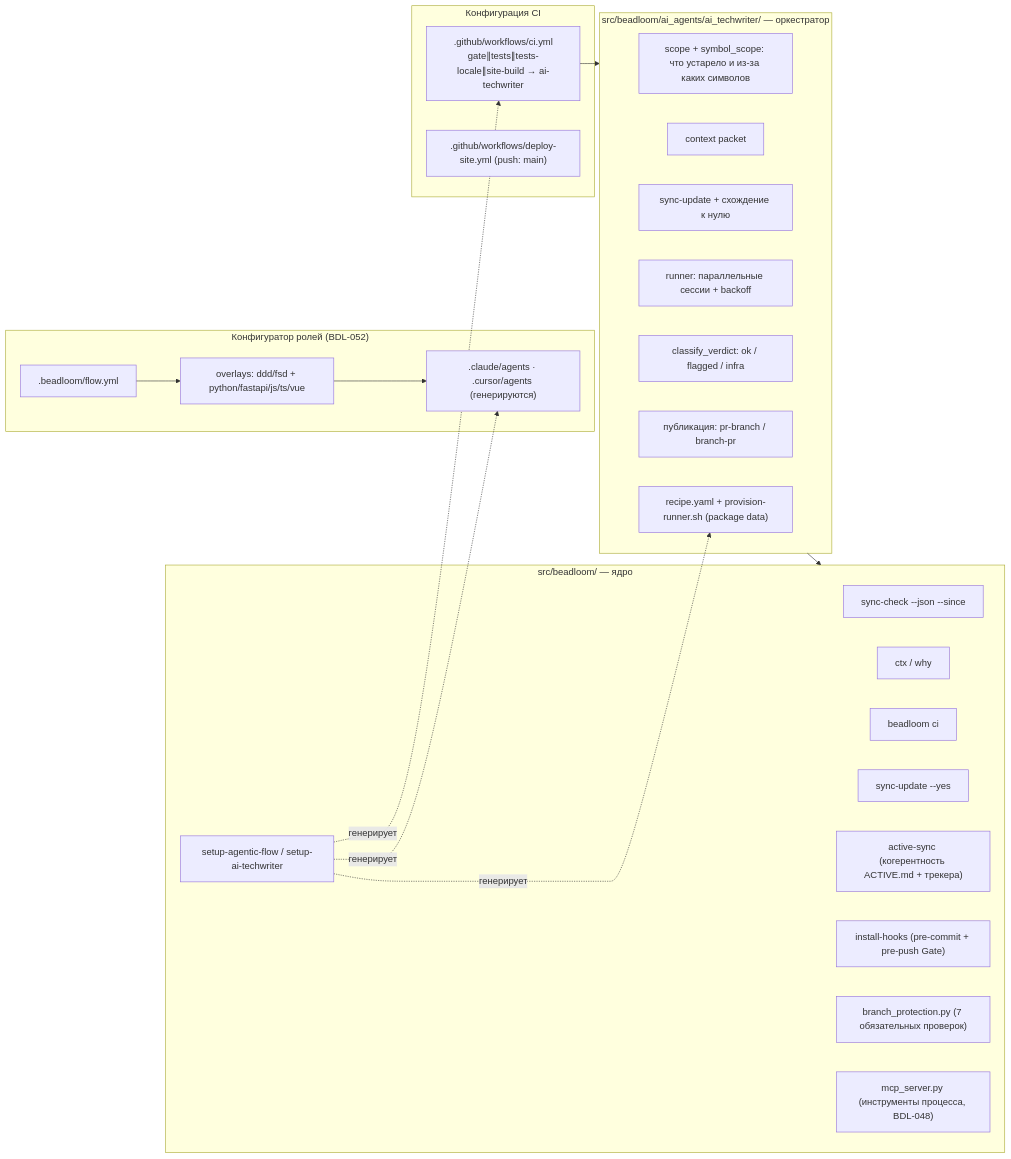
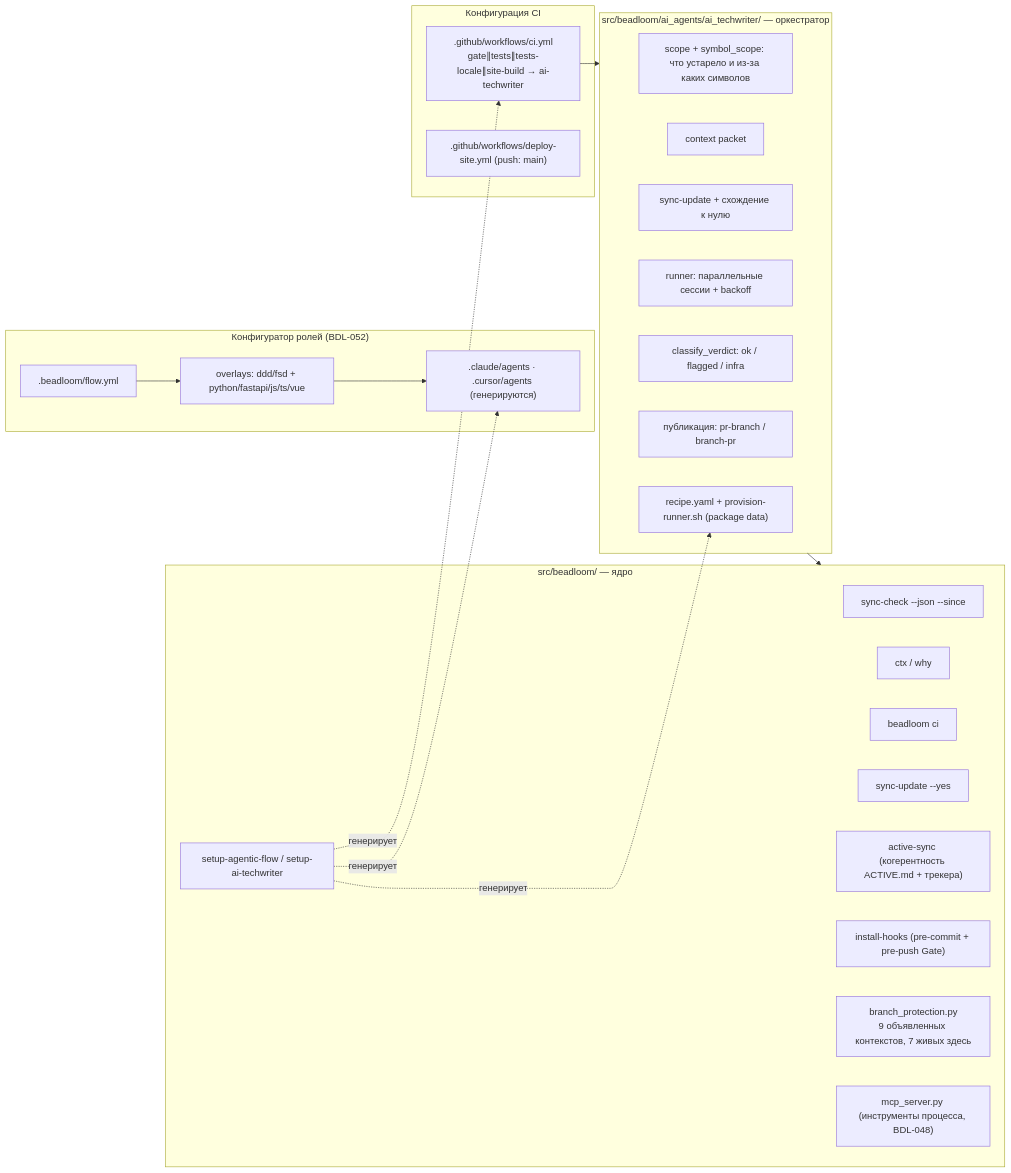
Before and after one commit to zoologov/beadloom: the fourth of 10 diagrams in docs/guides/multi-agent-development.ru.md, drawn with Mermaid. The commit also changed other lines of this file and 141 other files, not shown here.

First line of the commit message:
[BDL-062] Graph metadata is an unchecked surface (#44)

````diff
--- a/docs/guides/multi-agent-development.ru.md
+++ b/docs/guides/multi-agent-development.ru.md
@@ -242,42 +258,42 @@
 ```mermaid
 flowchart LR
   subgraph CORE["src/beadloom/ — ядро"]
     SYNC["sync-check --json --since"]
     CTX["ctx / why"]
     CI_GATE["beadloom ci"]
     MARK["sync-update --yes"]
     ACTIVE["active-sync (когерентность ACTIVE.md + трекера)"]
     SETUP["setup-agentic-flow / setup-ai-techwriter"]
     HOOKS["install-hooks (pre-commit + pre-push Gate)"]
-    BP["branch_protection.py (7 обязательных проверок)"]
+    BP["branch_protection.py<br/>9 объявленных контекстов, 7 живых здесь"]
     MCP["mcp_server.py (инструменты процесса, BDL-048)"]
   end
 
   subgraph AIAGENTS["src/beadloom/ai_agents/ai_techwriter/ — оркестратор"]
     H_SCOPE["scope + symbol_scope: что устарело и из-за каких символов"]
     H_PKT["context packet"]
     H_LOOP["sync-update + схождение к нулю"]
     H_RUN["runner: параллельные сессии + backoff"]
     H_VERDICT["classify_verdict: ok / flagged / infra"]
     H_PUB["публикация: pr-branch / branch-pr"]
     H_RECIPE["recipe.yaml + provision-runner.sh (package data)"]
   end
 
   subgraph FLOWCFG["Конфигуратор ролей (BDL-052)"]
     FLOW[".beadloom/flow.yml"]
     OVERLAYS["overlays: ddd/fsd + python/fastapi/js/ts/vue"]
     ADAPT[".claude/agents · .cursor/agents (генерируются)"]
   end
 
   subgraph CI["Конфигурация CI"]
     GH_YML[".github/workflows/ci.yml<br/>gate∥tests∥tests-locale∥site-build → ai-techwriter"]
     GH_DEPLOY[".github/workflows/deploy-site.yml (push: main)"]
   end
 
   GH_YML --> AIAGENTS
   AIAGENTS --> CORE
   FLOW --> OVERLAYS --> ADAPT
   SETUP -.->|генерирует| GH_YML
   SETUP -.->|генерирует| ADAPT
   SETUP -.->|генерирует| H_RECIPE
 ```
````
